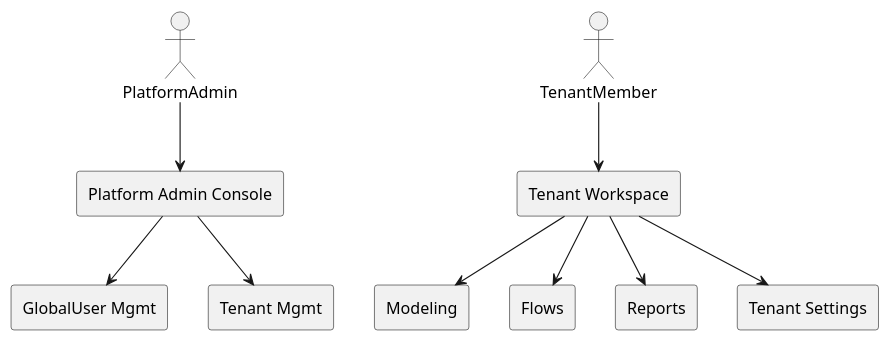
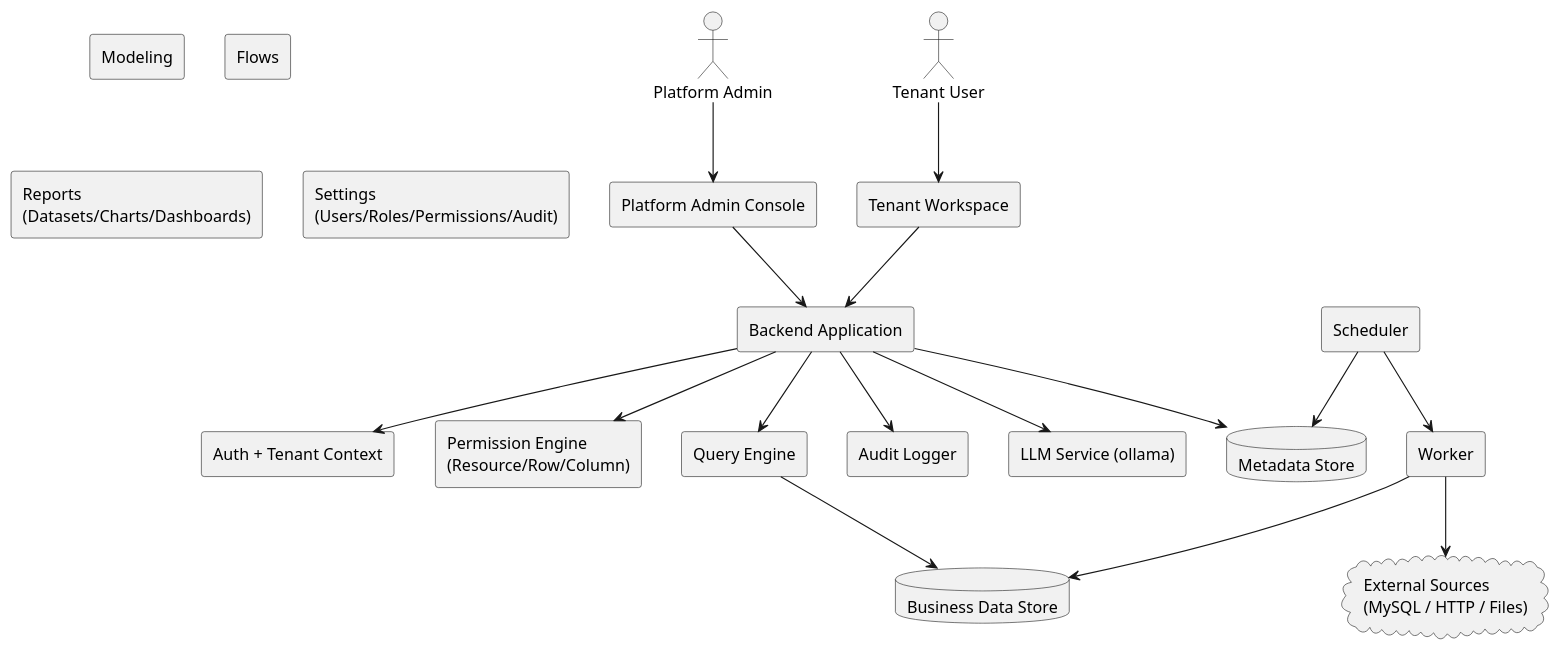
One commit to FangZiyong/grass changed the first of 14 diagrams in docs/tech.md. Above: the diagram before and after it, drawn with PlantUML. The commit also changed other lines of this file and 10 other files, not shown here.

````diff
--- a/docs/tech.md
+++ b/docs/tech.md
@@ -192,27 +65,48 @@
 ```plantuml
 @startuml
-actor PlatformAdmin
-actor TenantMember
+actor "Platform Admin" as PA
+actor "Tenant User" as TU
 
-rectangle "Platform Admin Console" as PAC
+rectangle "Platform Admin Console" as ADMIN_UI
 rectangle "Tenant Workspace" as TW
+rectangle "Modeling" as MOD
+rectangle "Flows" as FLOWS
+rectangle "Reports\n(Datasets/Charts/Dashboards)" as RPT
+rectangle "Settings\n(Users/Roles/Permissions/Audit)" as SET
 
-rectangle "GlobalUser Mgmt" as GUM
-rectangle "Tenant Mgmt" as TM
+rectangle "Backend Application" as APP
+rectangle "Auth + Tenant Context" as ATC
+rectangle "Permission Engine\n(Resource/Row/Column)" as PERM
+rectangle "Query Engine" as QE
+rectangle "Audit Logger" as AUD
+rectangle "Scheduler" as SCH
+rectangle "Worker" as WK
+rectangle "LLM Service (ollama)" as LLM
 
-rectangle "Modeling" as MOD
-rectangle "Flows" as FLO
-rectangle "Reports" as REP
-rectangle "Tenant Settings" as TS
+database "Metadata Store" as META
+database "Business Data Store" as DATA
 
-PlatformAdmin --> PAC
-PAC --> GUM
-PAC --> TM
+cloud "External Sources\n(MySQL / HTTP / Files)" as EXT
 
-TenantMember --> TW
-TW --> MOD
-TW --> FLO
-TW --> REP
-TW --> TS
+PA --> ADMIN_UI
+TU --> TW
+
+ADMIN_UI --> APP
+TW --> APP
+
+APP --> ATC
+APP --> PERM
+APP --> QE
+APP --> AUD
+APP --> META
+
+QE --> DATA
+
+SCH --> META
+SCH --> WK
+WK --> EXT
+WK --> DATA
+
+APP --> LLM
 @enduml
 ```
````
